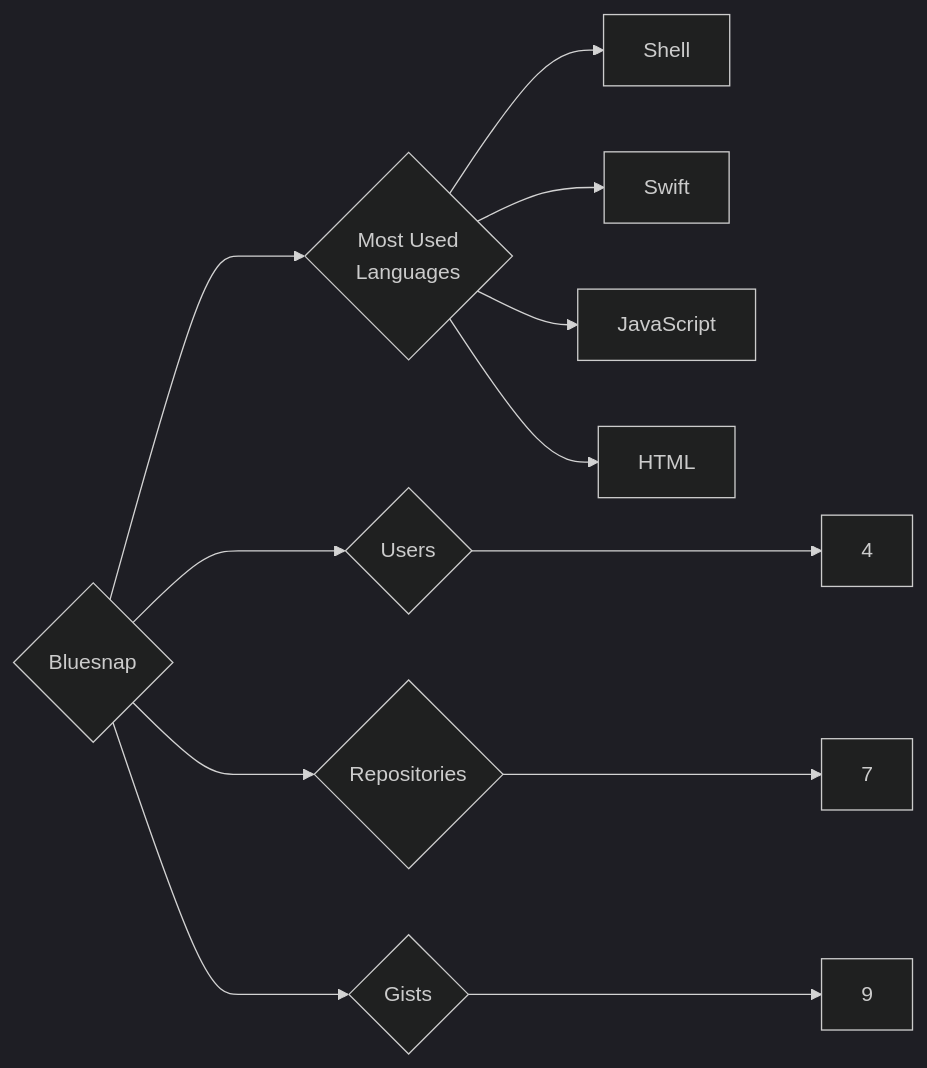
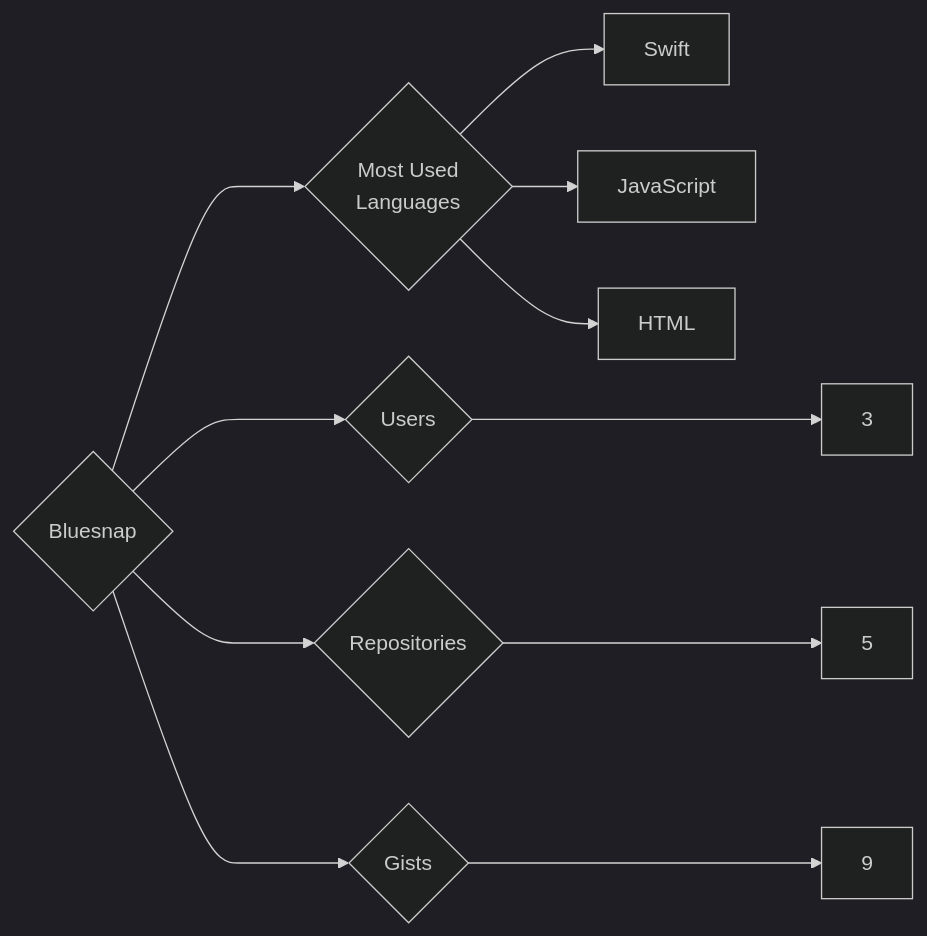
The diagram in targets/Bluesnap/README.md (trickest/insiders), drawn with Mermaid (dark theme) before and after one commit. The commit also changed 1036 other files, not shown here.

````diff
--- a/targets/Bluesnap/README.md
+++ b/targets/Bluesnap/README.md
@@ -3,12 +3,11 @@
 ```mermaid
 graph LR
 COMPANY_NAME{Bluesnap}
-COMPANY_NAME ---> U{Users} ---> UN[4]
-COMPANY_NAME ---> R{Repositories} ---> RN[7]
+COMPANY_NAME ---> U{Users} ---> UN[3]
+COMPANY_NAME ---> R{Repositories} ---> RN[5]
 COMPANY_NAME ---> G{Gists} ---> GN[9]
 COMPANY_NAME ---> ML{Most Used<br>Languages}
-ML --> Shell[Shell]
 ML --> Swift[Swift]
 ML --> JavaScript[JavaScript]
 ML --> HTML[HTML]
 ```
````
